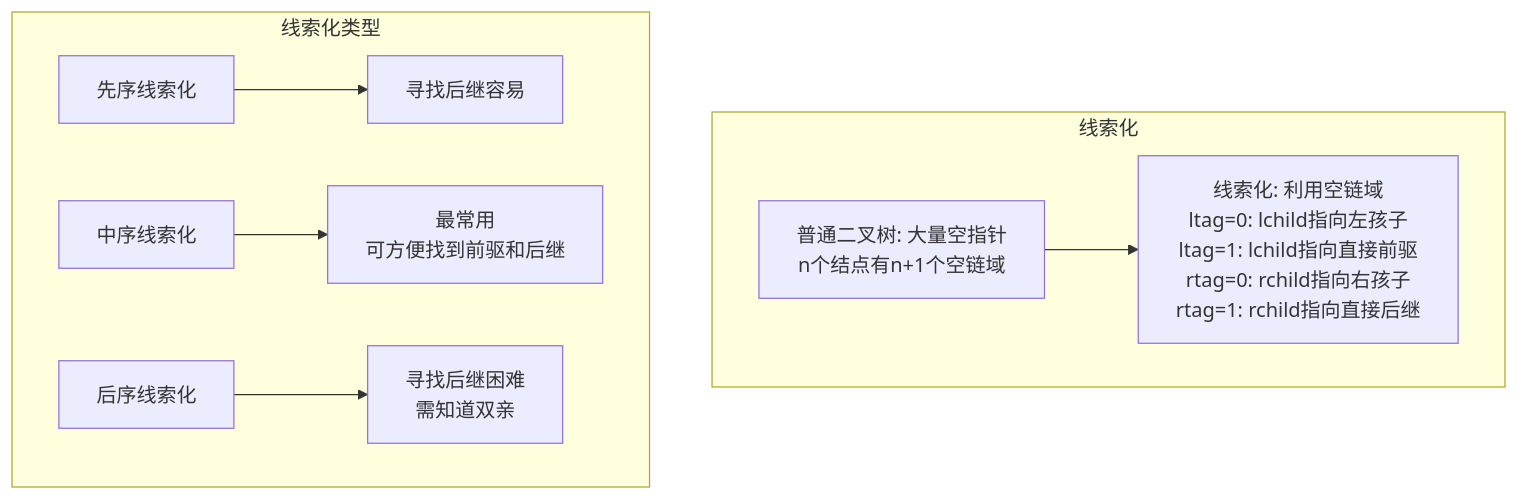
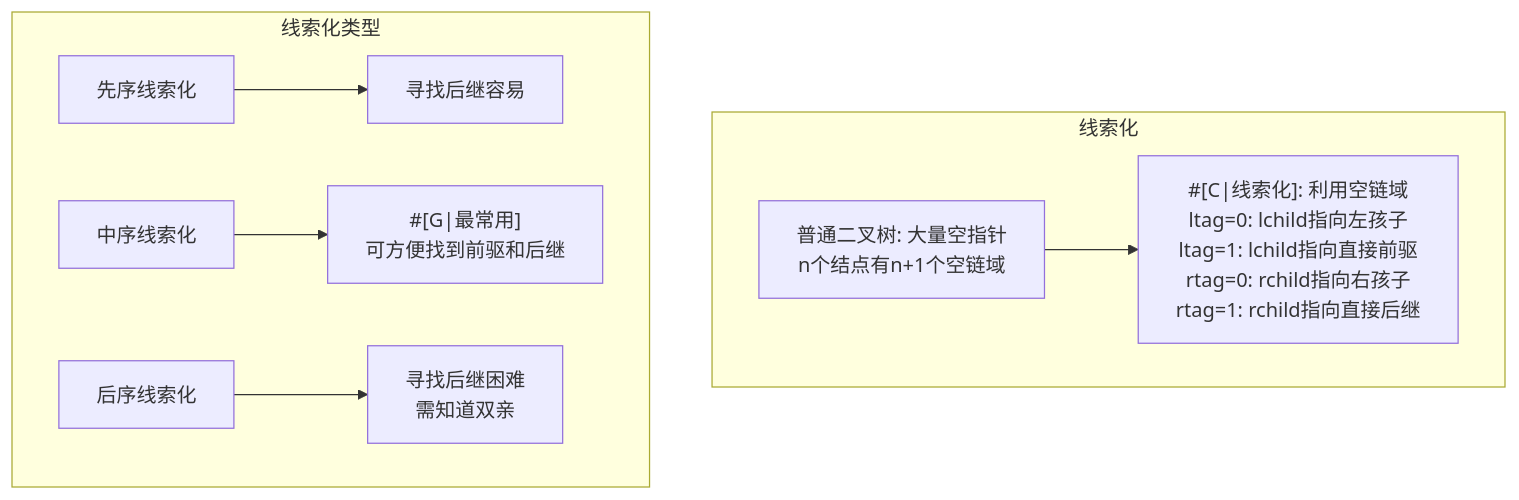
Before and after one commit to AH23333/Blog: diagram 13 of 32 in src/content/philes/volume-1/CS-DS/简易数据结构知识点.md, drawn with Mermaid. The commit also changed other lines of this file and 13 other files, not shown here.

Commit message:
修复mermaid渲染问题，更正skill.md

````diff
--- a/src/content/philes/volume-1/CS-DS/简易数据结构知识点.md
+++ b/src/content/philes/volume-1/CS-DS/简易数据结构知识点.md
@@ -460,12 +462,12 @@
 ```mermaid
 graph TD
     subgraph 线索化
-        A[""普通二叉树: 大量空指针<br/>n个结点有n+1个空链域""] --> B[""线索化: 利用空链域<br/>ltag=0: lchild指向左孩子<br/>ltag=1: lchild指向直接前驱<br/>rtag=0: rchild指向右孩子<br/>rtag=1: rchild指向直接后继""]
+        A["普通二叉树: 大量空指针<br/>n个结点有n+1个空链域"] --> B["#[C|线索化]: 利用空链域<br/>ltag=0: lchild指向左孩子<br/>ltag=1: lchild指向直接前驱<br/>rtag=0: rchild指向右孩子<br/>rtag=1: rchild指向直接后继"]
     end
 
     subgraph 线索化类型
         C["先序线索化"] --> D["寻找后继容易"]
-        E["中序线索化"] --> F[""最常用<br/>可方便找到前驱和后继""]
-        G["后序线索化"] --> H[""寻找后继困难<br/>需知道双亲""]
+        E["中序线索化"] --> F["#[G|最常用]<br/>可方便找到前驱和后继"]
+        G["后序线索化"] --> H["寻找后继困难<br/>需知道双亲"]
     end
 ```
````
